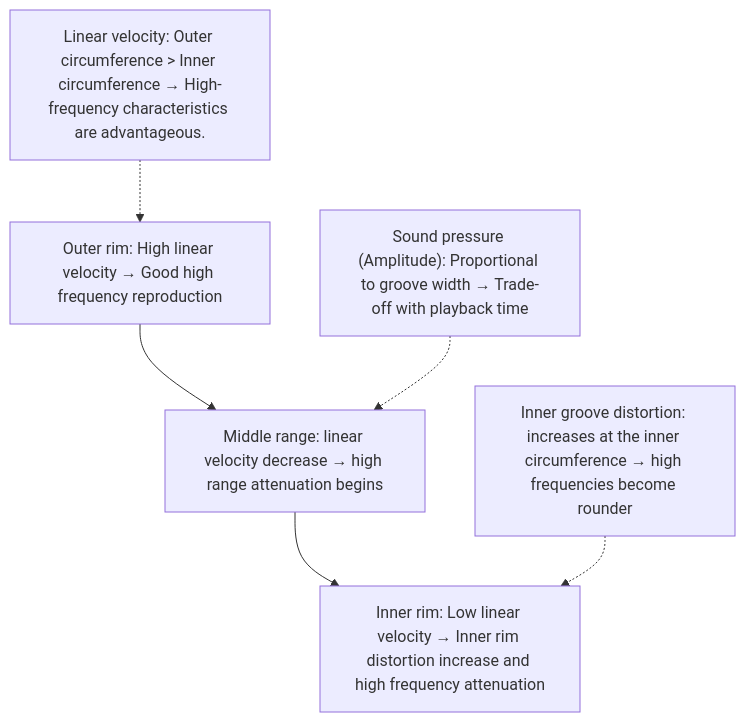
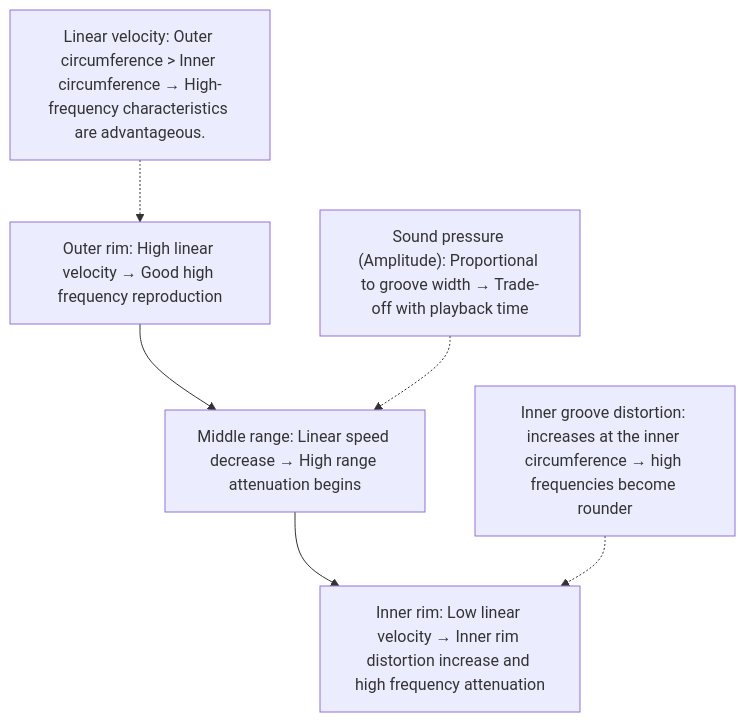
The third of 3 diagrams in en/_posts/2025-10-11-Colum-10-Inch-Vinyl-Tech.md (monumental-movement/monumental-movement.github.io), drawn with Mermaid before and after one commit. The commit also changed other lines of this file and 471 other files, not shown here.

```diff
--- a/en/_posts/2025-10-11-Colum-10-Inch-Vinyl-Tech.md
+++ b/en/_posts/2025-10-11-Colum-10-Inch-Vinyl-Tech.md
@@ -216,19 +216,19 @@
 <div class="mermaid">
 
 flowchart TD
     O["Outer rim: High linear velocity → Good high frequency reproduction"]
-    M["Middle range: linear velocity decrease → high range attenuation begins"]
+    M["Middle range: Linear speed decrease → High range attenuation begins"]
     I["Inner rim: Low linear velocity → Inner rim distortion increase and high frequency attenuation"]
 
     O --> M --> I
 
     %% Add annotation with node
     A["Linear velocity: Outer circumference > Inner circumference → High-frequency characteristics are advantageous."]
     B["Inner groove distortion: increases at the inner circumference → high frequencies become rounder"]
     C["Sound pressure (Amplitude): Proportional to groove width → Trade-off with playback time"]
 
     A -.-> O
     B -.-> I
     C -.-> M
 
 </div>
```
